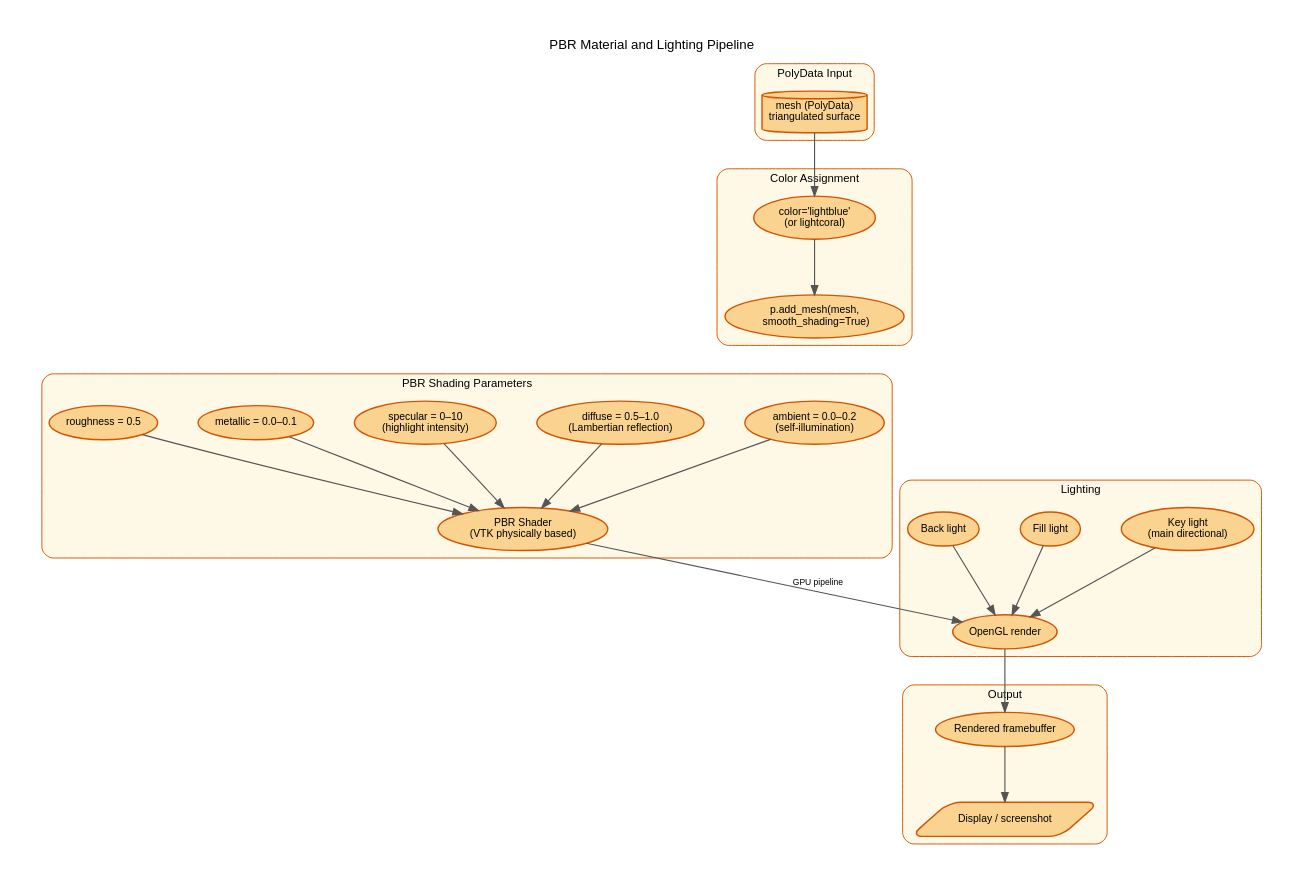
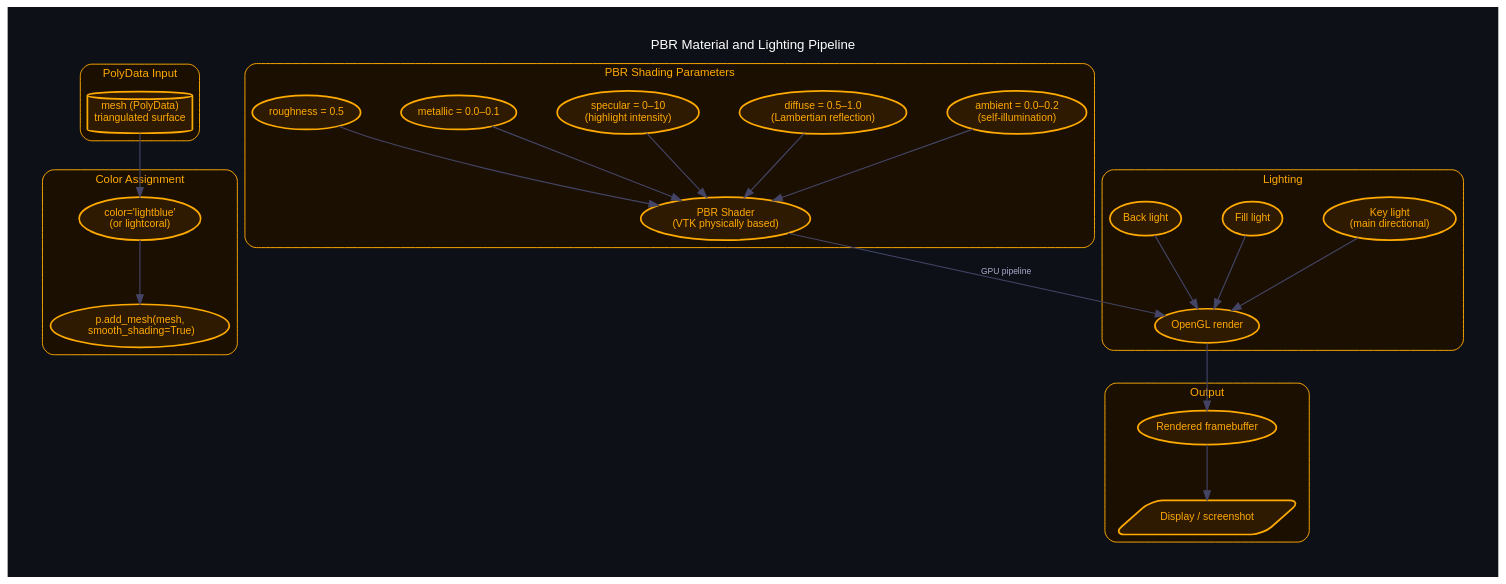
One commit to danindiana/hilbertbrane changed the diagram in docs/diagrams_25/13_color_materials.dot. Above: the diagram before and after it, drawn with Graphviz. The commit also changed 78 other files, not shown here.

```diff
--- a/docs/diagrams_25/13_color_materials.dot
+++ b/docs/diagrams_25/13_color_materials.dot
@@ -1,80 +1,80 @@
 digraph G {
     graph [
         fontname="Helvetica,Arial,sans-serif"
-        bgcolor="#ffffff"
+        bgcolor="#0d1117"
+        fontcolor="white"
         splines=spline
         nodesep=0.6
         ranksep=0.8
         pad=0.4
         labelloc="t"
         labeljust="c"
         fontsize=14
     ]
-    node [fontname="Helvetica,Arial,sans-serif" fontsize=11 style="filled,rounded" penwidth=1.5]
-    edge [fontname="Helvetica,Arial,sans-serif" fontsize=9 color="#555555" penwidth=1.2]
+    node [fontname="Helvetica,Arial,sans-serif" fontsize=11 style="filled,rounded" penwidth=1.8 fontcolor="white"]
+    edge [fontname="Helvetica,Arial,sans-serif" fontsize=9 color="#444466" penwidth=1.2 fontcolor="#aaaacc"]
     graph [label="PBR Material and Lighting Pipeline" rankdir="TB"]
 
     subgraph cluster_in {
         label="PolyData Input"
-        style="filled,rounded" fillcolor="#FEF9E7" color="#D35400" fontsize=12
-        fontname="Helvetica,Arial,sans-serif"
-        ci [label="mesh (PolyData)\ntriangulated surface" shape=cylinder fillcolor="#FAD390" color="#D35400"]
+        style="filled,rounded" fillcolor="#1a0f00" color="#ffaa00" fontsize=12
+        fontname="Helvetica,Arial,sans-serif" fontcolor="#ffaa00"
+        ci [label="mesh (PolyData)\ntriangulated surface" shape=cylinder fillcolor="#2e1a00" color="#ffaa00" fontcolor="#ffaa00"]
     }
 
     subgraph cluster_color {
         label="Color Assignment"
-        style="filled,rounded" fillcolor="#FEF9E7" color="#D35400" fontsize=12
-        fontname="Helvetica,Arial,sans-serif"
+        style="filled,rounded" fillcolor="#1a0f00" color="#ffaa00" fontsize=12
+        fontname="Helvetica,Arial,sans-serif" fontcolor="#ffaa00"
 
-        cc1 [label="color='lightblue'\n(or lightcoral)" fillcolor="#FAD390" color="#D35400"]
-        cc2 [label="p.add_mesh(mesh,\n  smooth_shading=True)" fillcolor="#FAD390" color="#D35400"]
+        cc1 [label="color='lightblue'\n(or lightcoral)" fillcolor="#2e1a00" color="#ffaa00" fontcolor="#ffaa00"]
+        cc2 [label="p.add_mesh(mesh,\n  smooth_shading=True)" fillcolor="#2e1a00" color="#ffaa00" fontcolor="#ffaa00"]
         cc1 -> cc2
     }
 
     subgraph cluster_pbr {
         label="PBR Shading Parameters"
-        style="filled,rounded" fillcolor="#FEF9E7" color="#D35400" fontsize=12
-        fontname="Helvetica,Arial,sans-serif"
+        style="filled,rounded" fillcolor="#1a0f00" color="#ffaa00" fontsize=12
+        fontname="Helvetica,Arial,sans-serif" fontcolor="#ffaa00"
 
-        pb1 [label="ambient = 0.0–0.2\n(self-illumination)" fillcolor="#FAD390" color="#D35400"]
-        pb2 [label="diffuse = 0.5–1.0\n(Lambertian reflection)" fillcolor="#FAD390" color="#D35400"]
-        pb3 [label="specular = 0–10\n(highlight intensity)" fillcolor="#FAD390" color="#D35400"]
-        pb4 [label="metallic = 0.0–0.1" fillcolor="#FAD390" color="#D35400"]
-        pb5 [label="roughness = 0.5" fillcolor="#FAD390" color="#D35400"]
-        pbs [label="PBR Shader\n(VTK physically based)" fillcolor="#FAD390" color="#D35400"]
+        pb1 [label="ambient = 0.0–0.2\n(self-illumination)" fillcolor="#2e1a00" color="#ffaa00" fontcolor="#ffaa00"]
+        pb2 [label="diffuse = 0.5–1.0\n(Lambertian reflection)" fillcolor="#2e1a00" color="#ffaa00" fontcolor="#ffaa00"]
+        pb3 [label="specular = 0–10\n(highlight intensity)" fillcolor="#2e1a00" color="#ffaa00" fontcolor="#ffaa00"]
+        pb4 [label="metallic = 0.0–0.1" fillcolor="#2e1a00" color="#ffaa00" fontcolor="#ffaa00"]
+        pb5 [label="roughness = 0.5" fillcolor="#2e1a00" color="#ffaa00" fontcolor="#ffaa00"]
+        pbs [label="PBR Shader\n(VTK physically based)" fillcolor="#2e1a00" color="#ffaa00" fontcolor="#ffaa00"]
         pb1 -> pbs
         pb2 -> pbs
         pb3 -> pbs
         pb4 -> pbs
         pb5 -> pbs
     }
 
     subgraph cluster_light {
         label="Lighting"
-        style="filled,rounded" fillcolor="#FEF9E7" color="#D35400" fontsize=12
-        fontname="Helvetica,Arial,sans-serif"
+        style="filled,rounded" fillcolor="#1a0f00" color="#ffaa00" fontsize=12
+        fontname="Helvetica,Arial,sans-serif" fontcolor="#ffaa00"
 
-        l1 [label="Key light\n(main directional)" shape=ellipse fillcolor="#FAD390" color="#D35400"]
-        l2 [label="Fill light" shape=ellipse fillcolor="#FAD390" color="#D35400"]
-        l3 [label="Back light" shape=ellipse fillcolor="#FAD390" color="#D35400"]
-        ogl [label="OpenGL render" fillcolor="#FAD390" color="#D35400"]
+        l1 [label="Key light\n(main directional)" shape=ellipse fillcolor="#2e1a00" color="#ffaa00" fontcolor="#ffaa00"]
+        l2 [label="Fill light" shape=ellipse fillcolor="#2e1a00" color="#ffaa00" fontcolor="#ffaa00"]
+        l3 [label="Back light" shape=ellipse fillcolor="#2e1a00" color="#ffaa00" fontcolor="#ffaa00"]
+        ogl [label="OpenGL render" fillcolor="#2e1a00" color="#ffaa00" fontcolor="#ffaa00"]
         l1 -> ogl
         l2 -> ogl
         l3 -> ogl
     }
 
     subgraph cluster_out {
         label="Output"
-        style="filled,rounded" fillcolor="#FEF9E7" color="#D35400" fontsize=12
-        fontname="Helvetica,Arial,sans-serif"
+        style="filled,rounded" fillcolor="#1a0f00" color="#ffaa00" fontsize=12
+        fontname="Helvetica,Arial,sans-serif" fontcolor="#ffaa00"
 
-        out [label="Rendered framebuffer" fillcolor="#FAD390" color="#D35400"]
-        disp [label="Display / screenshot" shape=parallelogram fillcolor="#FAD390" color="#D35400"]
+        out [label="Rendered framebuffer" fillcolor="#2e1a00" color="#ffaa00" fontcolor="#ffaa00"]
+        disp [label="Display / screenshot" shape=parallelogram fillcolor="#2e1a00" color="#ffaa00" fontcolor="#ffaa00"]
         out -> disp
     }
 
     ci -> cc1
-    cc2 -> pb1 [style=invis]
     pbs -> ogl [label="GPU pipeline"]
     ogl -> out
 }
```
